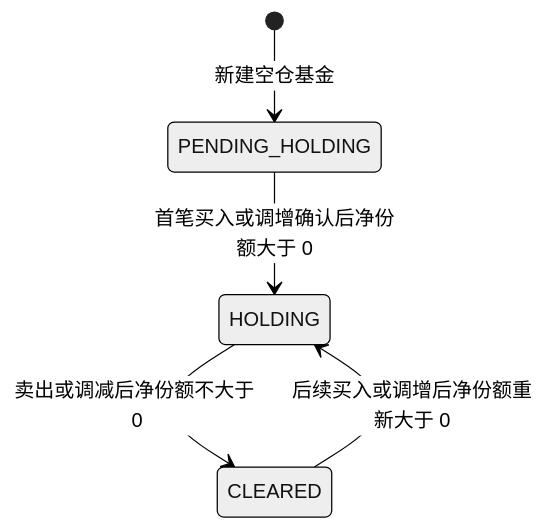
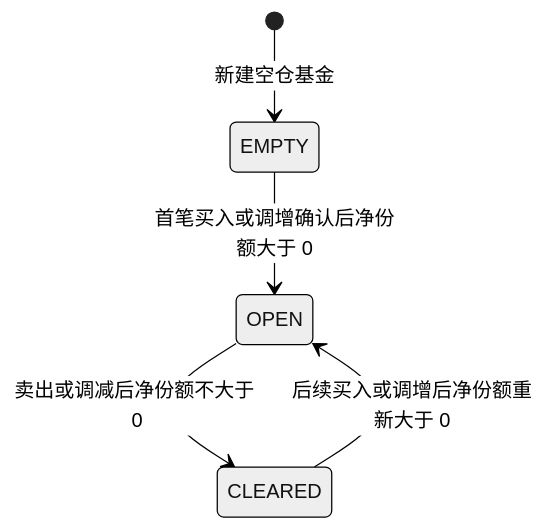
Before and after one commit to coolmentha/fundpilot: the first of 2 diagrams in docs/business/fund-and-position.md, drawn with Mermaid (neutral theme). The commit also changed other lines of this file and 165 other files, not shown here.

````diff
--- a/docs/business/fund-and-position.md
+++ b/docs/business/fund-and-position.md
@@ -23,7 +23,7 @@
 ```mermaid
 stateDiagram-v2
-    [*] --> PENDING_HOLDING: 新建空仓基金
-    PENDING_HOLDING --> HOLDING: 首笔买入或调增确认后净份额大于 0
-    HOLDING --> CLEARED: 卖出或调减后净份额不大于 0
-    CLEARED --> HOLDING: 后续买入或调增后净份额重新大于 0
+    [*] --> EMPTY: 新建空仓基金
+    EMPTY --> OPEN: 首笔买入或调增确认后净份额大于 0
+    OPEN --> CLEARED: 卖出或调减后净份额不大于 0
+    CLEARED --> OPEN: 后续买入或调增后净份额重新大于 0
 ```
````
